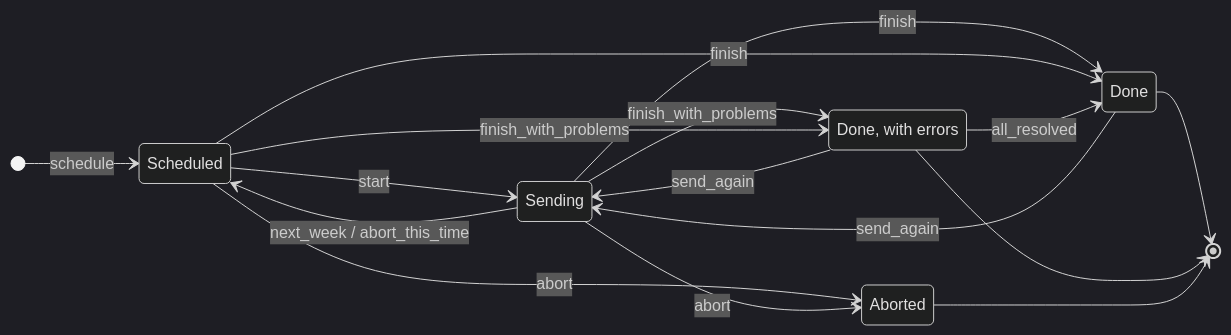
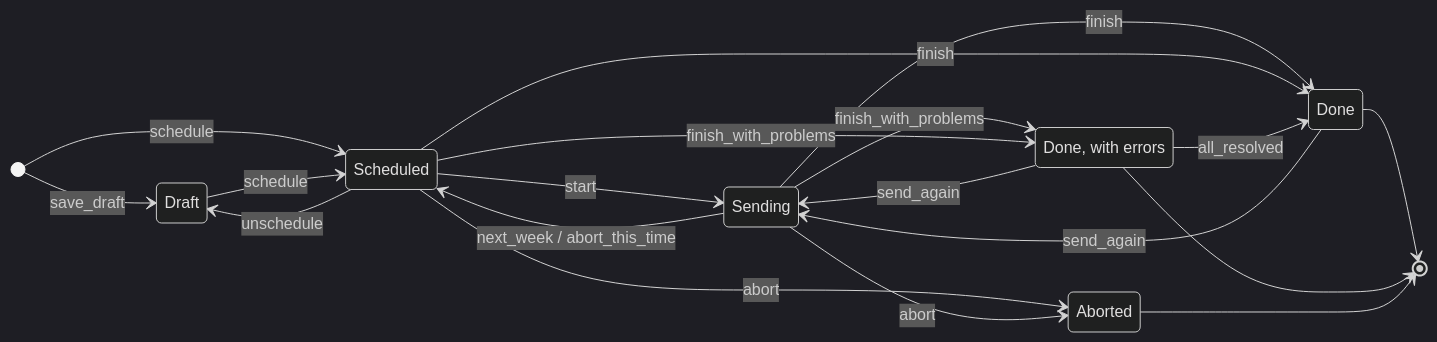
One commit to Future005/wa-box changed the first of 9 diagrams in docs/STATE-MACHINES.md. Above: the diagram before and after it, drawn with Mermaid (dark theme). The commit also changed other lines of this file and 10 other files, not shown here.

````diff
--- a/docs/STATE-MACHINES.md
+++ b/docs/STATE-MACHINES.md
@@ -31,24 +31,28 @@
 ```mermaid
 stateDiagram-v2
   direction LR
+  draft : Draft
   scheduled : Scheduled
   running : Sending
   done : Done
   done_with_errors : Done, with errors
   cancelled : Aborted
   [*] --> scheduled : schedule
+  [*] --> draft : save_draft
+  draft --> scheduled : schedule
+  scheduled --> draft : unschedule
   scheduled --> running : start
   running --> done : finish
   running --> done_with_errors : finish_with_problems
   scheduled --> done : finish
   scheduled --> done_with_errors : finish_with_problems
   running --> scheduled : next_week / abort_this_time
   scheduled --> cancelled : abort
   running --> cancelled : abort
   done_with_errors --> done : all_resolved
   done --> running : send_again
   done_with_errors --> running : send_again
   done --> [*]
   done_with_errors --> [*]
   cancelled --> [*]
 ```
````
